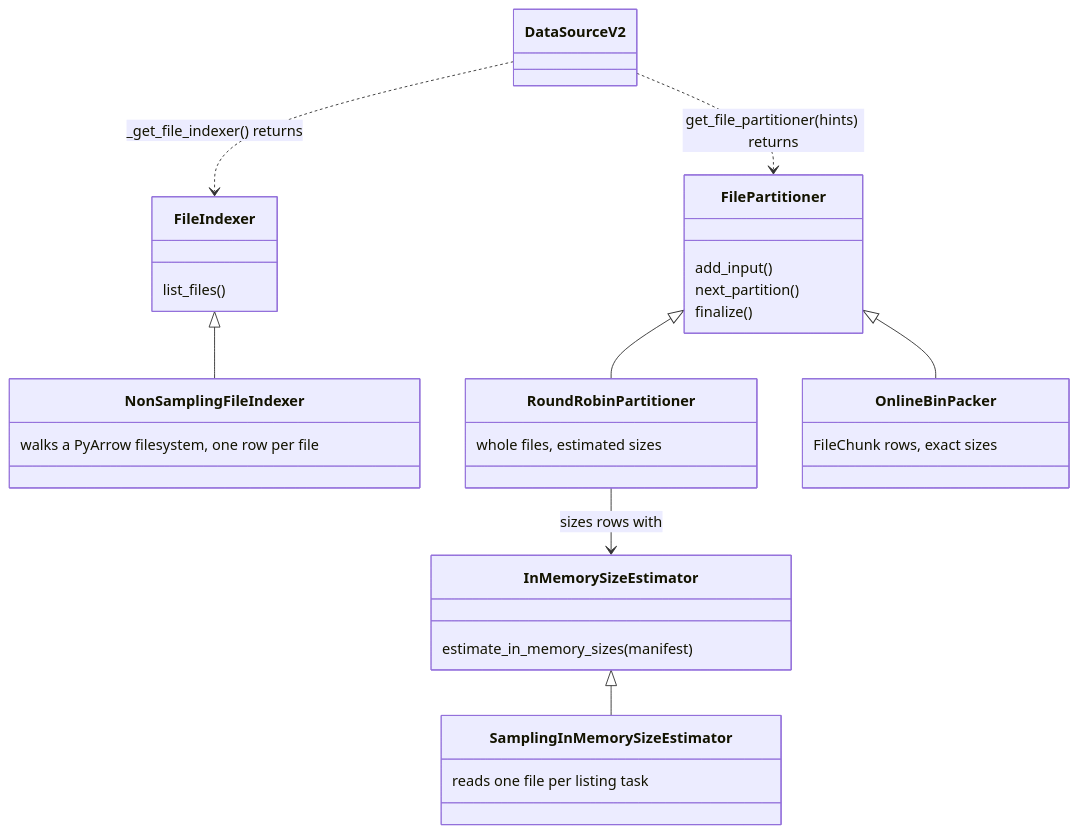
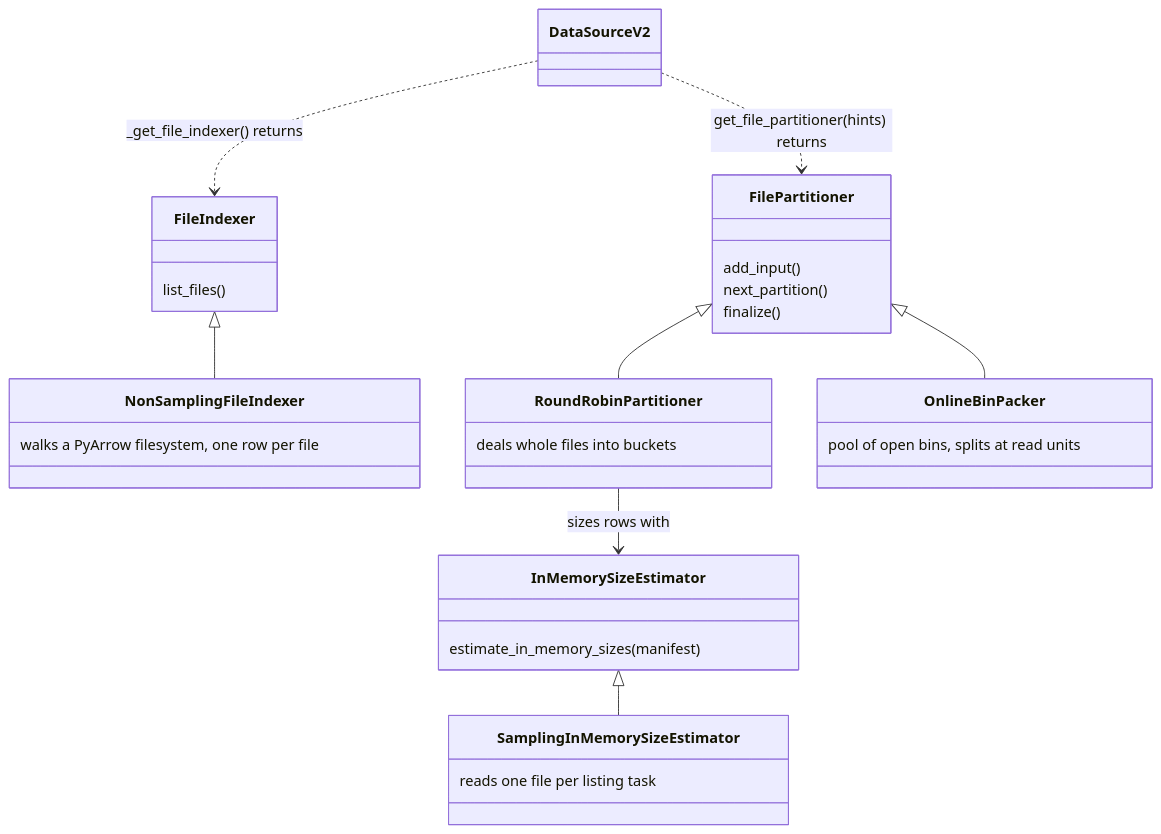
The second of 2 diagrams in python/ray/data/_internal/datasource_v2/README.md (ray-project/ray), drawn with Mermaid before and after one commit. The commit also changed other lines of this file and 3 other files, not shown here.

````diff
--- a/python/ray/data/_internal/datasource_v2/README.md
+++ b/python/ray/data/_internal/datasource_v2/README.md
@@ -95,33 +95,33 @@
 ```mermaid
 classDiagram
     class FileIndexer {
         list_files()
     }
     class NonSamplingFileIndexer {
         walks a PyArrow filesystem, one row per file
     }
     class FilePartitioner {
         add_input()
         next_partition()
         finalize()
     }
     class RoundRobinPartitioner {
-        whole files, estimated sizes
+        deals whole files into buckets
     }
     class OnlineBinPacker {
-        FileChunk rows, exact sizes
+        pool of open bins, splits at read units
     }
     class InMemorySizeEstimator {
         estimate_in_memory_sizes(manifest)
     }
     class SamplingInMemorySizeEstimator {
         reads one file per listing task
     }
     FileIndexer <|-- NonSamplingFileIndexer
     FilePartitioner <|-- RoundRobinPartitioner
     FilePartitioner <|-- OnlineBinPacker
     InMemorySizeEstimator <|-- SamplingInMemorySizeEstimator
     RoundRobinPartitioner --> InMemorySizeEstimator : sizes rows with
     DataSourceV2 ..> FileIndexer : _get_file_indexer() returns
     DataSourceV2 ..> FilePartitioner : get_file_partitioner(hints) returns
 ```
````
